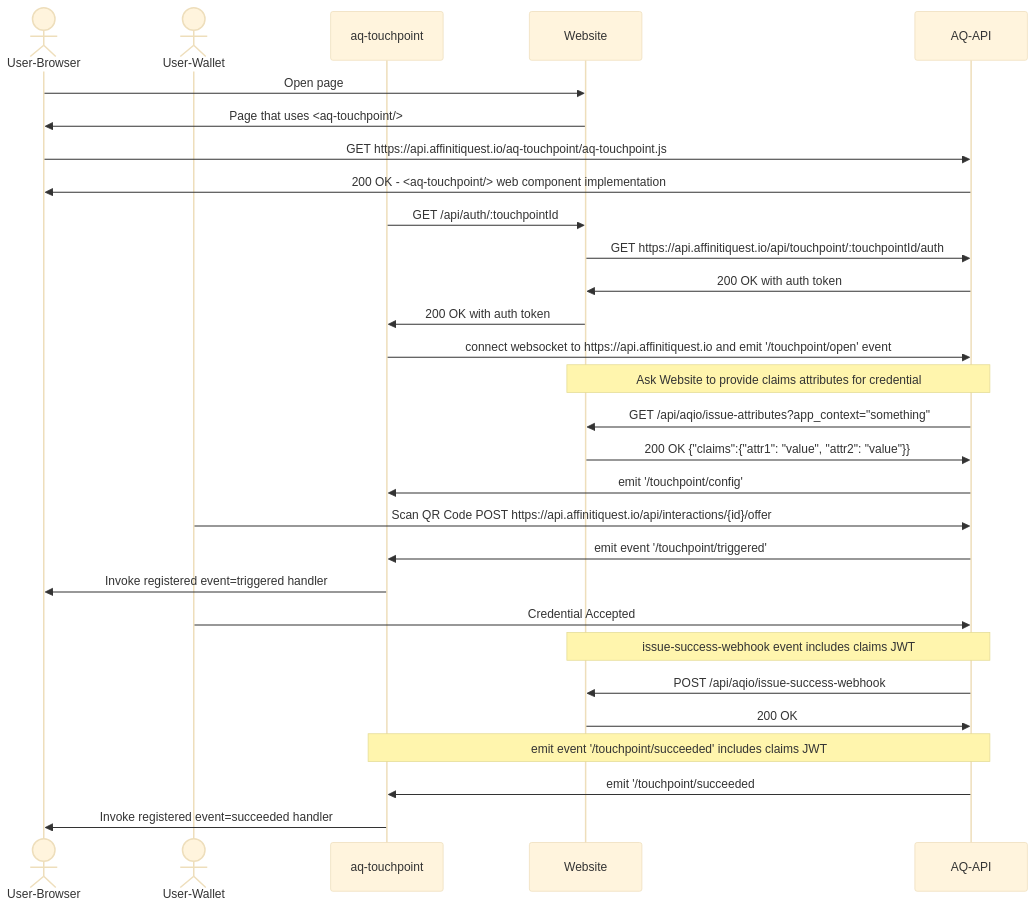
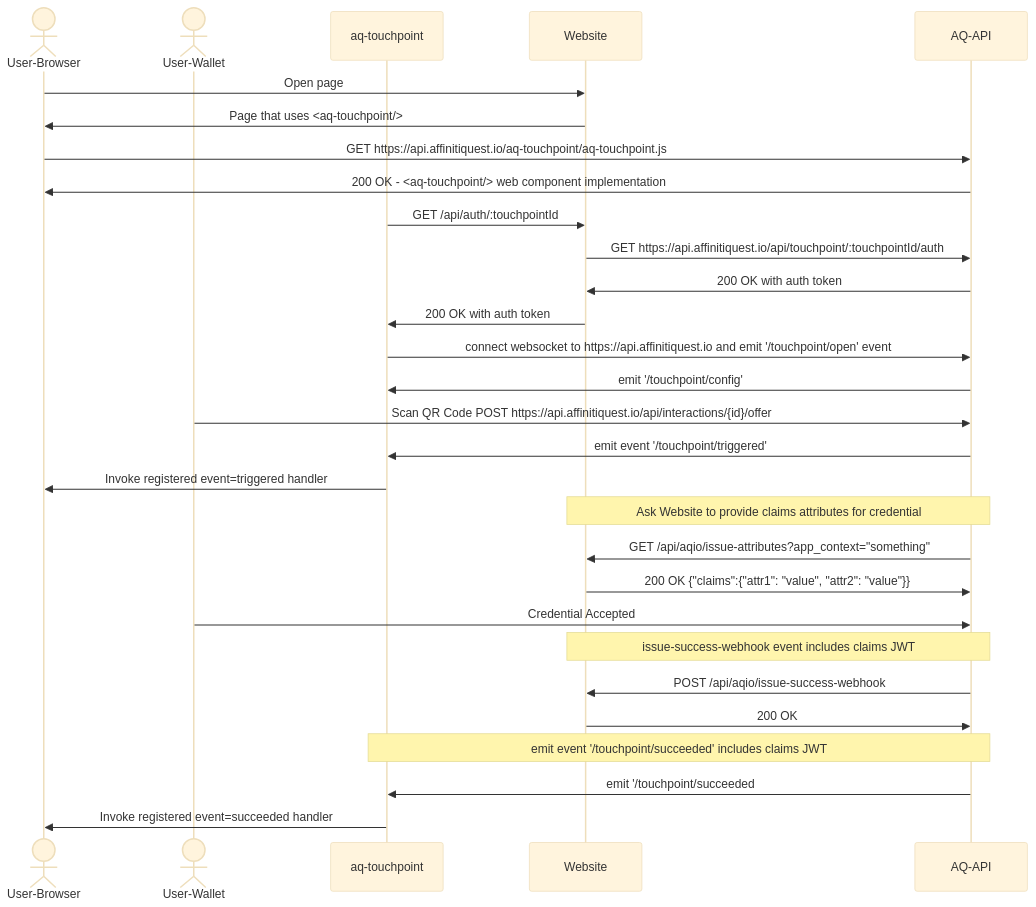
One commit to AffinitiQuest/aq-touchpoint-samples changed the first of 2 diagrams in README.md. Above: the diagram before and after it, drawn with Mermaid (base theme). The commit also changed other lines of this file, not shown here.

First line of the commit message:
Update README.md - Fix Issue Flow sequenceDiagram

````diff
--- a/README.md
+++ b/README.md
@@ -455,32 +455,32 @@
 ```mermaid
  sequenceDiagram
     actor User-Browser
     actor User-Wallet
     participant aq-touchpoint
     participant Website
     participant AQ-API
 
     User-Browser ->> Website : Open page
     Website ->> User-Browser : Page that uses <aq-touchpoint/>
     User-Browser ->> AQ-API : GET https://api.affinitiquest.io/aq-touchpoint/aq-touchpoint.js
     AQ-API ->> User-Browser : 200 OK - <aq-touchpoint/> web component implementation
     aq-touchpoint ->> Website : GET /api/auth/:touchpointId
     Website ->> AQ-API : GET https://api.affinitiquest.io/api/touchpoint/:touchpointId/auth
     AQ-API ->> Website: 200 OK with auth token
     Website ->> aq-touchpoint : 200 OK with auth token
     aq-touchpoint ->> AQ-API: connect websocket to https://api.affinitiquest.io and emit '/touchpoint/open' event
-    Note over AQ-API,Website: Ask Website to provide claims attributes for credential
-    AQ-API ->> Website: GET /api/aqio/issue-attributes?app_context="something"
-    Website ->> AQ-API: 200 OK {"claims":{"attr1": "value", "attr2": "value"}}
     AQ-API ->> aq-touchpoint: emit '/touchpoint/config'
     User-Wallet ->> AQ-API : Scan QR Code POST https://api.affinitiquest.io/api/interactions/{id}/offer
     AQ-API ->> aq-touchpoint: emit event '/touchpoint/triggered'
     aq-touchpoint ->> User-Browser: Invoke registered event=triggered handler
+    Note over AQ-API,Website: Ask Website to provide claims attributes for credential
+    AQ-API ->> Website: GET /api/aqio/issue-attributes?app_context="something"
+    Website ->> AQ-API: 200 OK {"claims":{"attr1": "value", "attr2": "value"}}
     User-Wallet ->> AQ-API : Credential Accepted
     Note over AQ-API,Website: issue-success-webhook event includes claims JWT
     AQ-API ->> Website: POST /api/aqio/issue-success-webhook
     Website ->> AQ-API: 200 OK
     Note over AQ-API,aq-touchpoint: emit event '/touchpoint/succeeded' includes claims JWT
     AQ-API ->> aq-touchpoint: emit '/touchpoint/succeeded
     aq-touchpoint ->> User-Browser: Invoke registered event=succeeded handler
 ```
````
